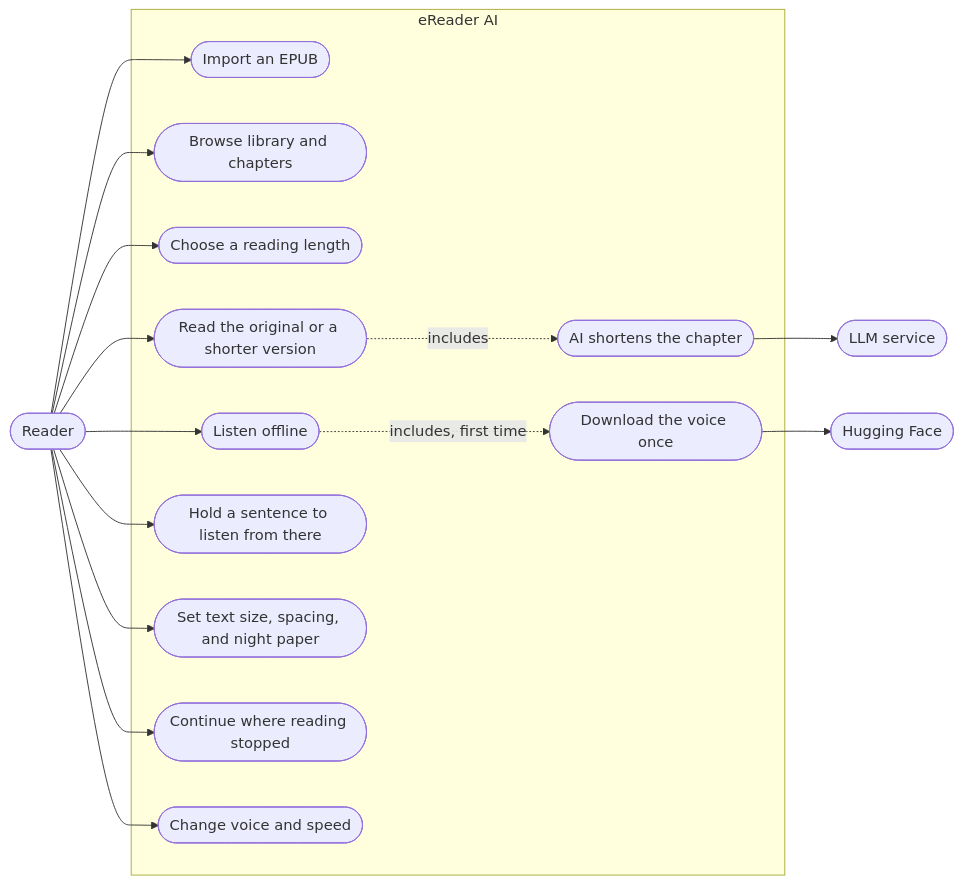
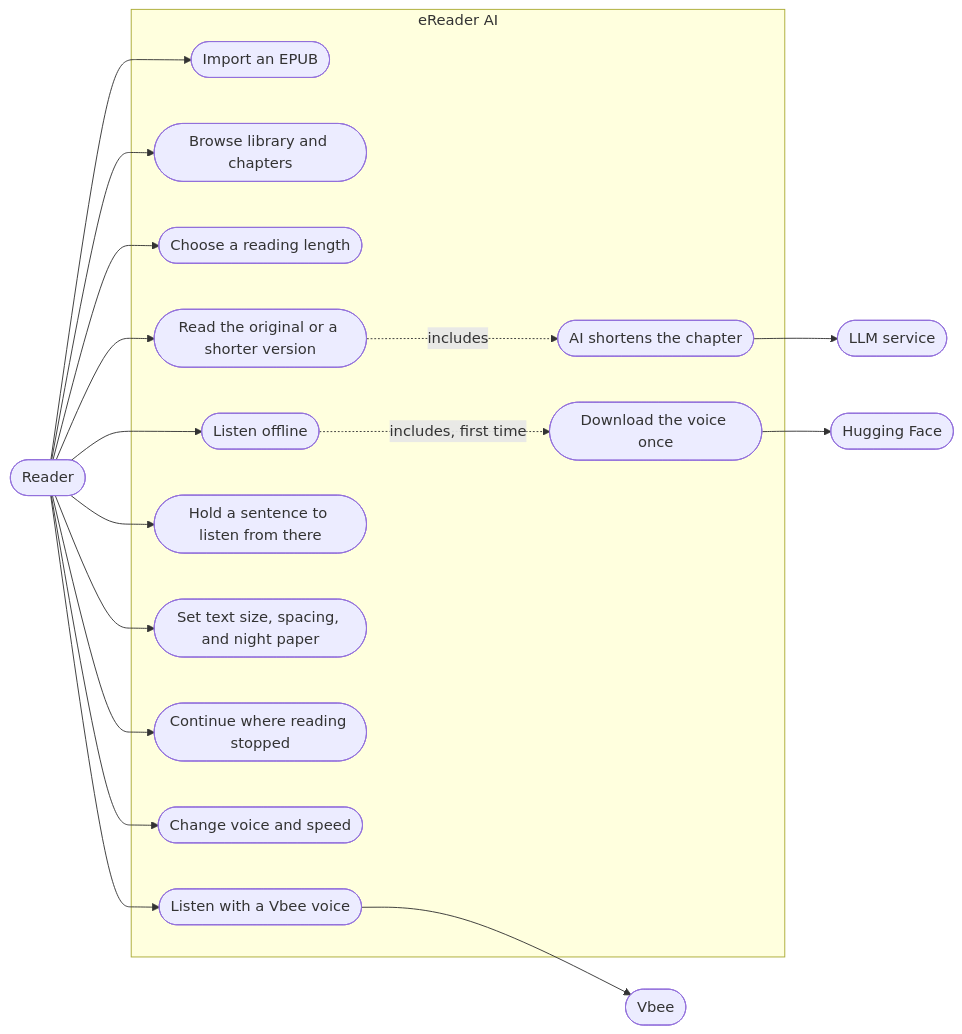
Before and after one commit to tinwritescode/ereader-ai: the first of 2 diagrams in README.md, drawn with Mermaid. The commit also changed other lines of this file and 23 other files, not shown here.

````diff
--- a/README.md
+++ b/README.md
@@ -15,35 +15,39 @@
 ```mermaid
 flowchart LR
     reader(["Reader"])
     llm(["LLM service"])
     hf(["Hugging Face"])
+    vbee(["Vbee"])
 
     subgraph app["eReader AI"]
         import(["Import an EPUB"])
         browse(["Browse library and chapters"])
         length(["Choose a reading length"])
         read(["Read the original or a shorter version"])
         shorten(["AI shortens the chapter"])
         listen(["Listen offline"])
         pick(["Hold a sentence to listen from there"])
         look(["Set text size, spacing, and night paper"])
         resume(["Continue where reading stopped"])
         download(["Download the voice once"])
         tune(["Change voice and speed"])
+        cloud(["Listen with a Vbee voice"])
     end
 
     reader --> import
     reader --> browse
     reader --> length
     reader --> read
     reader --> listen
     reader --> pick
     reader --> look
     reader --> resume
     reader --> tune
+    reader --> cloud
 
     read -. "includes" .-> shorten
     listen -. "includes, first time" .-> download
     shorten --> llm
     download --> hf
+    cloud --> vbee
 ```
````
